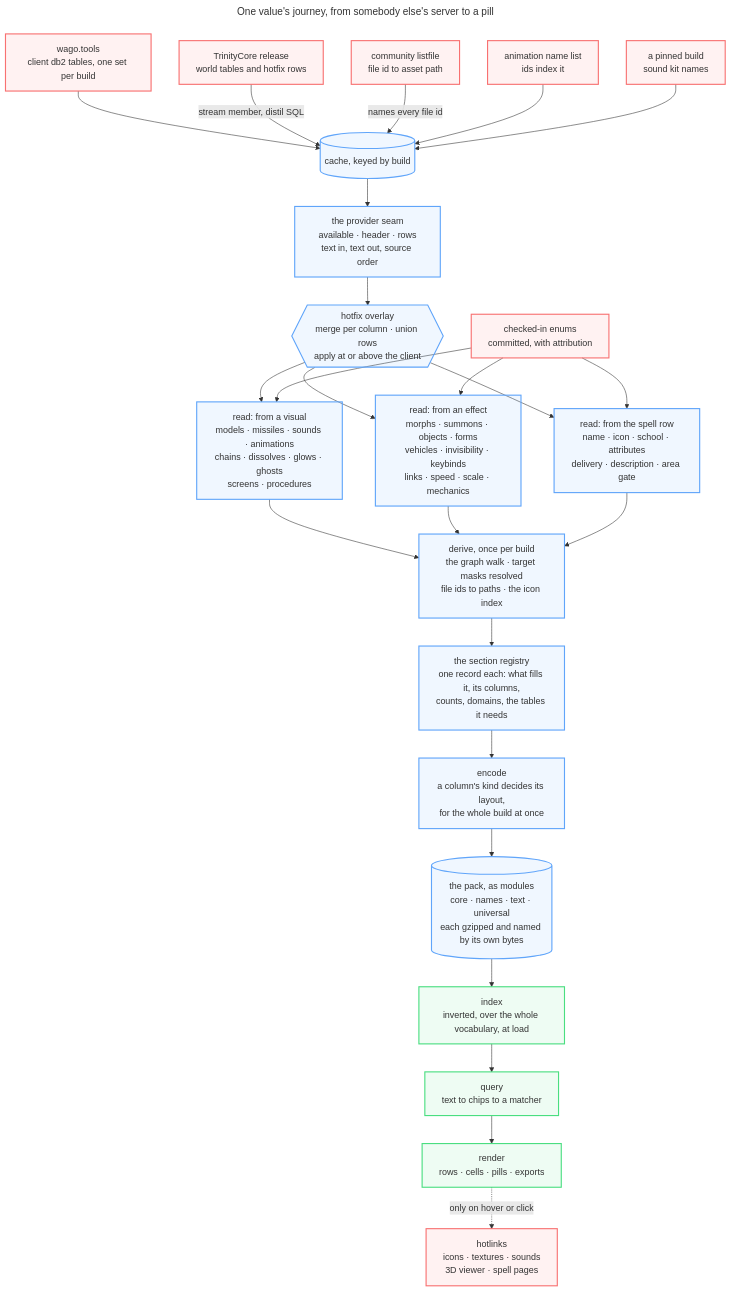
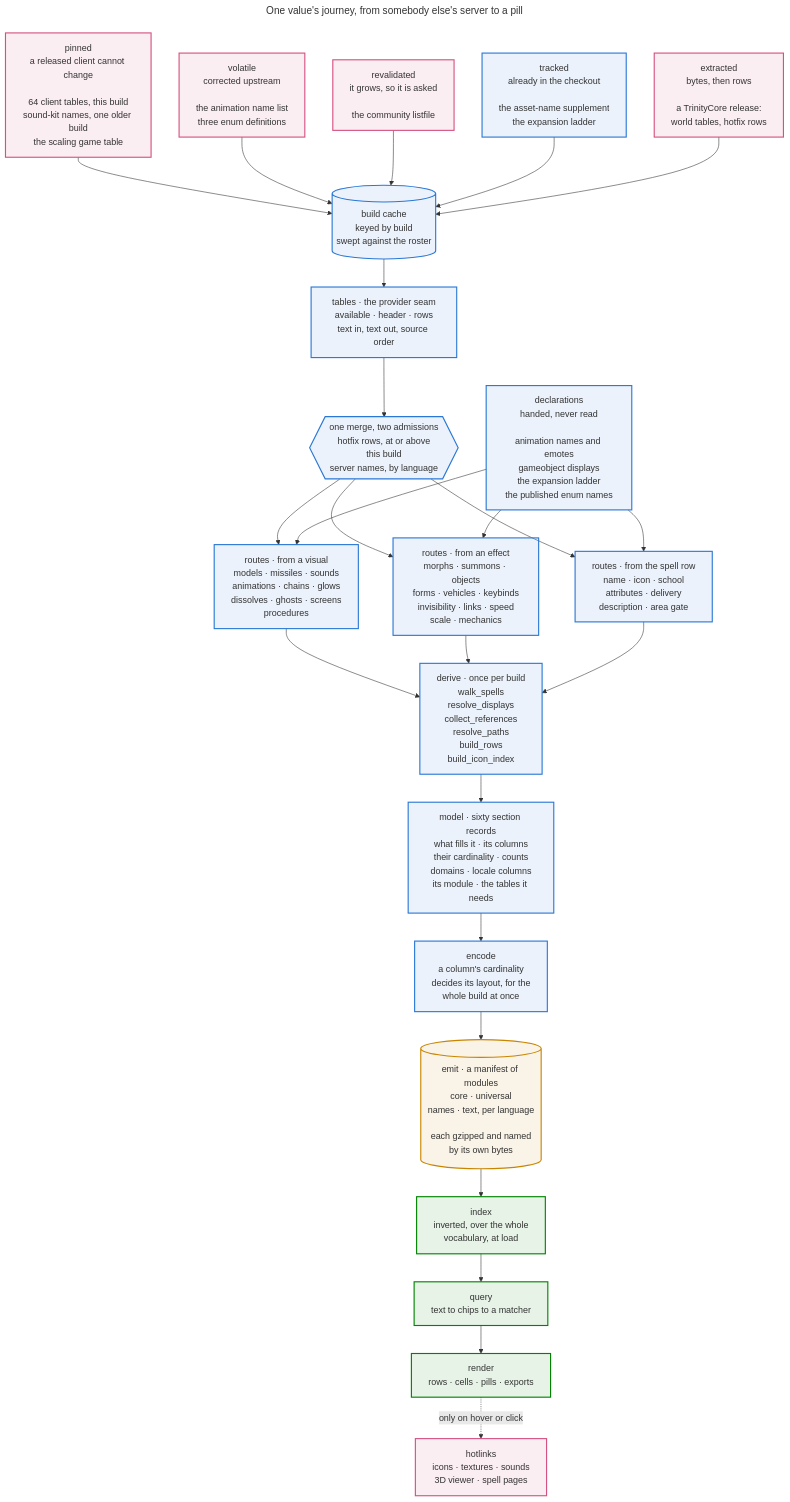
Before and after one commit to Natans8/Epsilook: the first of 12 diagrams in docs/DATA_ROUTES.md, drawn with Mermaid. The commit also changed other lines of this file, not shown here.

````diff
--- a/docs/DATA_ROUTES.md
+++ b/docs/DATA_ROUTES.md
@@ -17,61 +17,70 @@
 ```mermaid
 ---
 title: One value's journey, from somebody else's server to a pill
 ---
 flowchart TD
     accTitle: The data pipeline, end to end
     accDescr {
-      Six external sources land in a build cache, are read through one provider seam with a
-      hotfix overlay, interpreted by three families of readers, walked once, declared as sections,
-      encoded and emitted as gzipped modules, and then indexed, queried and rendered in the browser. Hotlinks
-      are the only thing fetched afterwards, and only on hover or click.
+    Ten sources under five acquisition shapes land in a build cache, are read through one
+    provider seam that composes both overlays, interpreted by twenty-six route modules,
+    reduced by six derivations, declared as sixty section records, encoded and emitted as
+    content-addressed modules, then indexed, queried and rendered in the browser. Hotlinks
+    are the only thing fetched afterwards, and only on hover or click.
     }
-
-    WAGO["wago.tools<br/>client db2 tables, one set per build"]
-    TDB["TrinityCore release<br/>world tables and hotfix rows"]
-    LIST["community listfile<br/>file id to asset path"]
-    ANIM["animation name list<br/>ids index it"]
-    PIN["a pinned build<br/>sound kit names"]
-
-    CACHE[("cache, keyed by build")]
-    WAGO --> CACHE
-    TDB -->|"stream member, distil SQL"| CACHE
-    LIST -->|"names every file id"| CACHE
-    ANIM --> CACHE
+    PIN["pinned<br/>a released client cannot change<br/><br/>64 client tables, this build<br/>sound-kit names, one older build<br/>the scaling game table"]
+    VOL["volatile<br/>corrected upstream<br/><br/>the animation name list<br/>three enum definitions"]
+    REV["revalidated<br/>it grows, so it is asked<br/><br/>the community listfile"]
+    TRK["tracked<br/>already in the checkout<br/><br/>the asset-name supplement<br/>the expansion ladder"]
+    EXT["extracted<br/>bytes, then rows<br/><br/>a TrinityCore release:<br/>world tables, hotfix rows"]
+    CACHE[("build cache<br/>keyed by build<br/>swept against the roster")]
     PIN --> CACHE
-
-    CACHE --> PROV["the provider seam<br/>available · header · rows<br/>text in, text out, source order"]
-    PROV --> OVL{{"hotfix overlay<br/>merge per column · union rows<br/>apply at or above the client"}}
-
-    ENUM["checked-in enums<br/>committed, with attribution"]
-    OVL --> VISR["read: from a visual<br/>models · missiles · sounds · animations<br/>chains · dissolves · glows · ghosts<br/>screens · procedures"]
-    OVL --> EFFR["read: from an effect<br/>morphs · summons · objects · forms<br/>vehicles · invisibility · keybinds<br/>links · speed · scale · mechanics"]
-    OVL --> ROWR["read: from the spell row<br/>name · icon · school · attributes<br/>delivery · description · area gate"]
-    ENUM --> VISR
-    ENUM --> EFFR
-    ENUM --> ROWR
-
-    WALK["derive, once per build<br/>the graph walk · target masks resolved<br/>file ids to paths · the icon index"]
+    VOL --> CACHE
+    REV --> CACHE
+    TRK --> CACHE
+    EXT --> CACHE
+    PROV["tables · the provider seam<br/>available · header · rows<br/>text in, text out, source order"]
+    OVL{{"one merge, two admissions<br/>hotfix rows, at or above<br/>this build<br/>server names, by language"}}
+    CACHE --> PROV
+    PROV --> OVL
+    VISR["routes · from a visual<br/>models · missiles · sounds<br/>animations · chains · glows<br/>dissolves · ghosts · screens<br/>procedures"]
+    EFFR["routes · from an effect<br/>morphs · summons · objects<br/>forms · vehicles · keybinds<br/>invisibility · links · speed<br/>scale · mechanics"]
+    ROWR["routes · from the spell row<br/>name · icon · school<br/>attributes · delivery<br/>description · area gate"]
+    DECL["declarations<br/>handed, never read<br/><br/>animation names and emotes<br/>gameobject displays<br/>the expansion ladder<br/>the published enum names"]
+    OVL --> VISR
+    OVL --> EFFR
+    OVL --> ROWR
+    DECL --> VISR
+    DECL --> EFFR
+    DECL --> ROWR
+    WALK["derive · once per build<br/>walk_spells<br/>resolve_displays<br/>collect_references<br/>resolve_paths<br/>build_rows<br/>build_icon_index"]
     VISR --> WALK
     EFFR --> WALK
     ROWR --> WALK
-
-    WALK --> SEC["the section registry<br/>one record each: what fills it, its columns,<br/>counts, domains, the tables it needs"]
-    SEC --> ENC["encode<br/>a column's kind decides its layout,<br/>for the whole build at once"]
-    ENC --> PACK[("the pack, as modules<br/>core · names · text · universal<br/>each gzipped and named by its own bytes")]
-
-    PACK --> IDX["index<br/>inverted, over the whole vocabulary, at load"]
-    IDX --> QRY["query<br/>text to chips to a matcher"]
-    QRY --> REN["render<br/>rows · cells · pills · exports"]
-    REN -. "only on hover or click" .-> HOT["hotlinks<br/>icons · textures · sounds<br/>3D viewer · spell pages"]
-
-    %% Borders carry the grouping and the theme keeps the surface, so these read
-    %% on a light page and a dark one. A low-alpha fill tints either background.
-    classDef theirs fill:#f8717118,stroke:#f87171,stroke-width:2px
-    classDef ours fill:#60a5fa18,stroke:#60a5fa,stroke-width:2px
-    classDef browser fill:#4ade8018,stroke:#4ade80,stroke-width:2px
-    class WAGO,TDB,LIST,ANIM,PIN,ENUM theirs
-    class CACHE,PROV,OVL,VISR,EFFR,ROWR,WALK,SEC,ENC,PACK ours
+    SEC["model · sixty section records<br/>what fills it · its columns<br/>their cardinality · counts<br/>domains · locale columns<br/>its module · the tables it needs"]
+    ENC["encode<br/>a column's cardinality<br/>decides its layout, for the<br/>whole build at once"]
+    PACK[("emit · a manifest of modules<br/>core · universal<br/>names · text, per language<br/><br/>each gzipped and named<br/>by its own bytes")]
+    WALK --> SEC
+    SEC --> ENC
+    ENC --> PACK
+    IDX["index<br/>inverted, over the whole<br/>vocabulary, at load"]
+    QRY["query<br/>text to chips to a matcher"]
+    REN["render<br/>rows · cells · pills · exports"]
+    HOT["hotlinks<br/>icons · textures · sounds<br/>3D viewer · spell pages"]
+    PACK --> IDX
+    IDX --> QRY
+    QRY --> REN
+    REN -."only on hover or click".-> HOT
+    %% Four groups, one hue each, held to the same meaning in every diagram here:
+    %% somebody else's service, our own build, the artifact, the browser. Strokes
+    %% carry the grouping because the page may be light or dark and a fill cannot
+    %% be both; every hue clears 3:1 on white and on either dark surface, and the
+    %% node text names the group so nothing rests on colour alone.
+    classDef theirs fill:#d5518118,stroke:#d55181,stroke-width:2px
+    classDef ours fill:#2a78d618,stroke:#2a78d6,stroke-width:2px
+    classDef artifact fill:#c9850018,stroke:#c98500,stroke-width:2px
+    classDef browser fill:#00830018,stroke:#008300,stroke-width:2px
+    class PIN,VOL,REV,EXT,HOT theirs
+    class TRK,DECL,CACHE,PROV,OVL,VISR,EFFR,ROWR,WALK,SEC,ENC ours
+    class PACK artifact
     class IDX,QRY,REN browser
-    class HOT theirs
 ```
````
